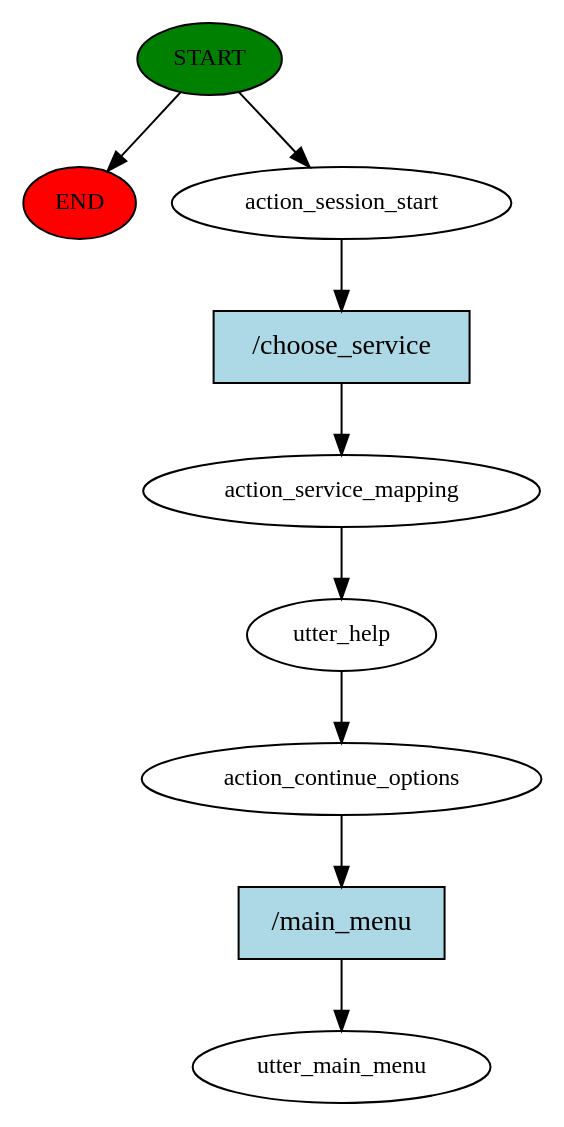
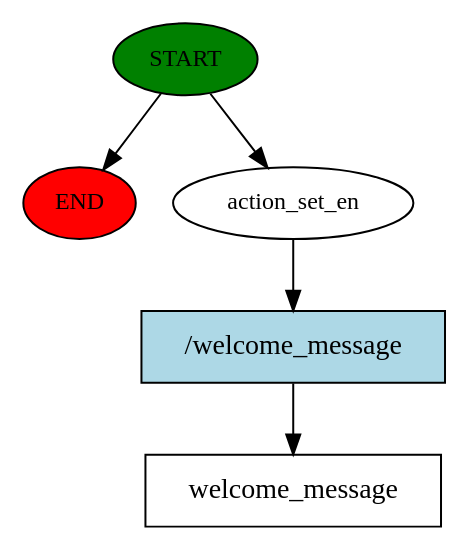
The diagram in story_graph.dot (yuqiong11/kpichat), drawn with Graphviz before and after one commit. The commit also changed 135 other files, not shown here.

```diff
--- a/story_graph.dot
+++ b/story_graph.dot
@@ -1,19 +1,11 @@
 digraph  {
 0 [class="start active", fillcolor=green, fontsize=12, label=START, style=filled];
 "-1" [class=end, fillcolor=red, fontsize=12, label=END, style=filled];
-1 [class=active, fontsize=12, label=action_session_start];
-2 [class=active, fontsize=12, label=action_service_mapping];
-3 [class=active, fontsize=12, label=utter_help];
-4 [class=active, fontsize=12, label=action_continue_options];
-5 [class="dashed active", fontsize=12, label=utter_main_menu];
-6 [class="intent active", fillcolor=lightblue, label="/choose_service", shape=rect, style=filled];
-7 [class="intent active", fillcolor=lightblue, label="/main_menu", shape=rect, style=filled];
+1 [class=active, fontsize=12, label=action_set_en];
+2 [class="intent dashed active", label=welcome_message, shape=rect];
+3 [class="intent active", fillcolor=lightblue, label="/welcome_message", shape=rect, style=filled];
 0 -> "-1"  [class="", key=NONE, label=""];
 0 -> 1  [class=active, key=NONE, label=""];
-1 -> 6  [class=active, key=0];
-2 -> 3  [class=active, key=NONE, label=""];
-3 -> 4  [class=active, key=NONE, label=""];
-4 -> 7  [class=active, key=0];
-6 -> 2  [class=active, key=0];
-7 -> 5  [class=active, key=0];
+1 -> 3  [class=active, key=0];
+3 -> 2  [class=active, key=0];
 }
```
